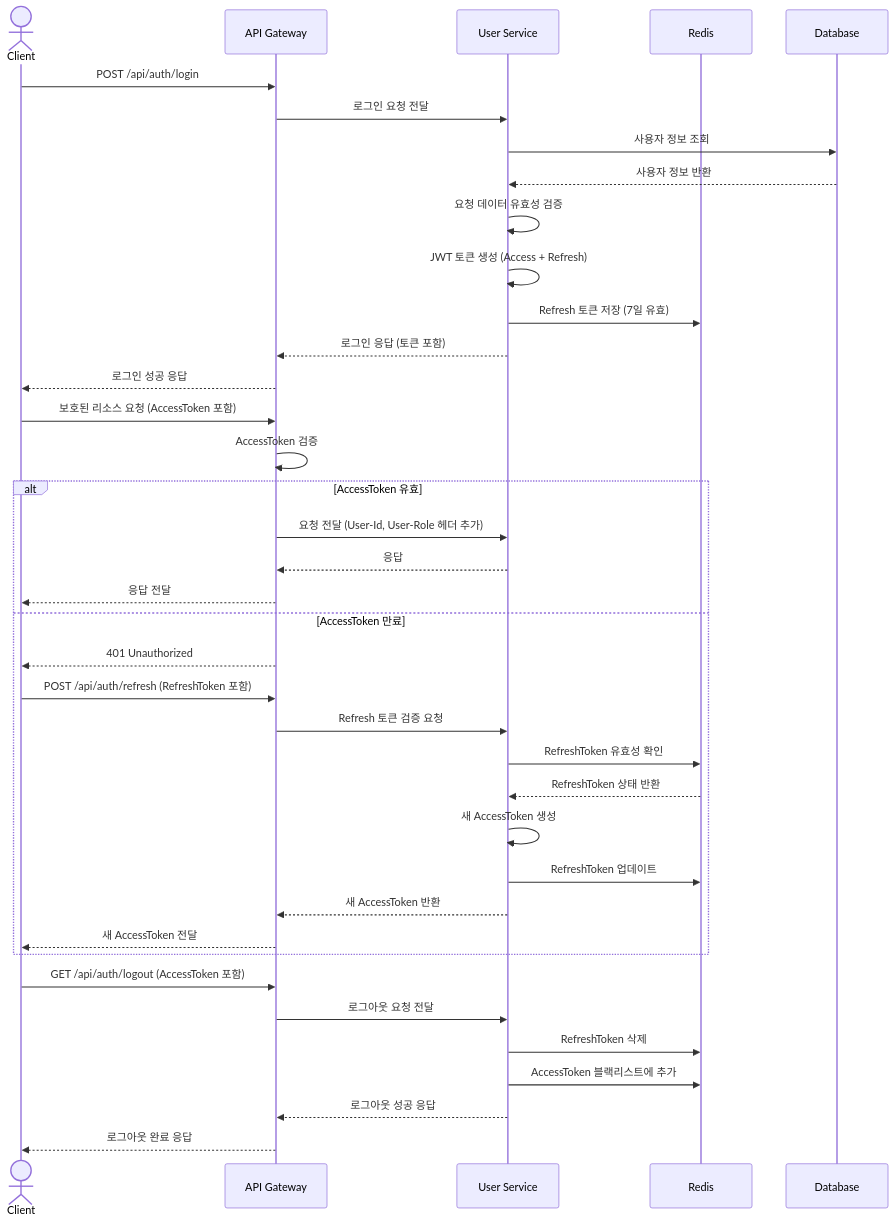
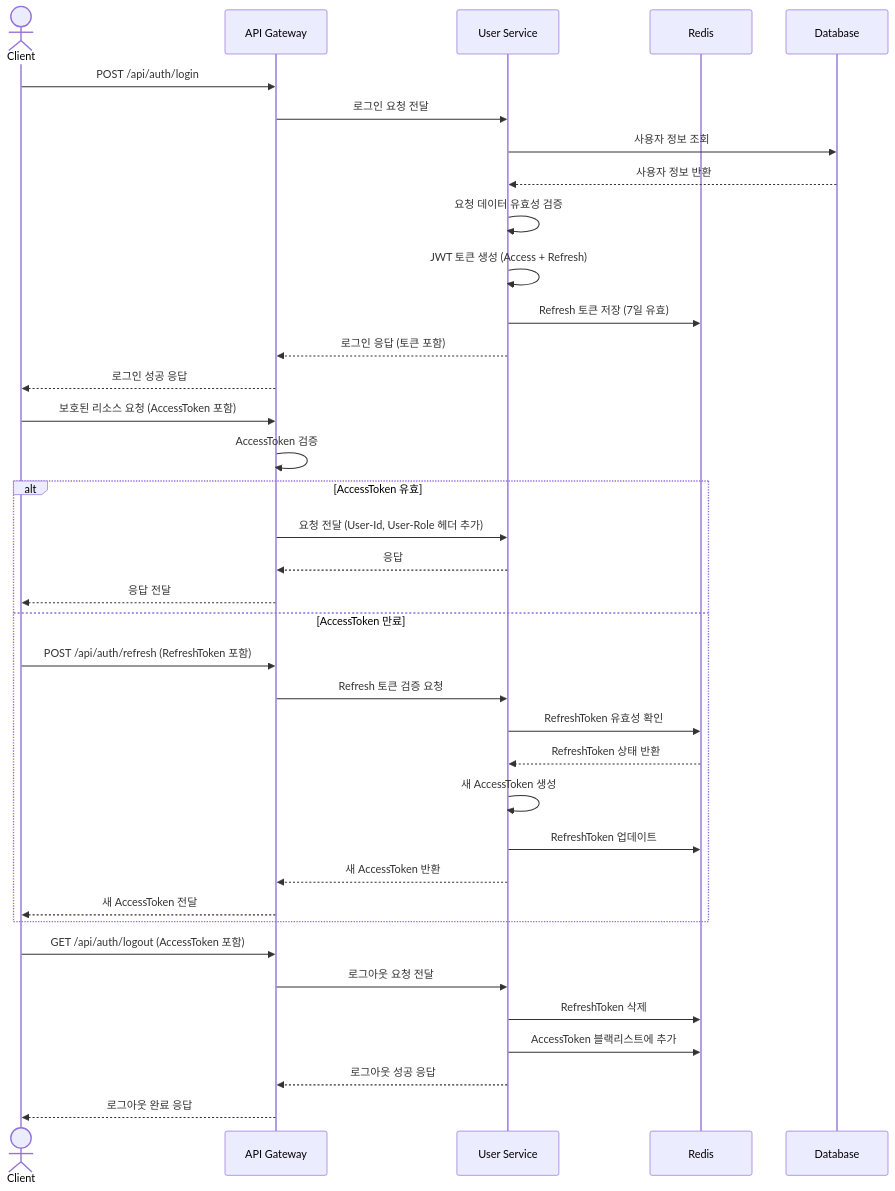
One commit to hyeseong-dev/ticketing-mngt changed the first of 5 diagrams in readme.md. Above: the diagram before and after it, drawn with Mermaid. The commit also changed other lines of this file, not shown here.

````diff
--- a/readme.md
+++ b/readme.md
@@ -35,47 +35,46 @@
 ```mermaid
 sequenceDiagram
     actor Client
     participant Gateway as API Gateway
     participant UserService as User Service
     participant Redis
     participant DB as Database
 
     %% 로그인 프로세스
     Client->>Gateway: POST /api/auth/login
     Gateway->>UserService: 로그인 요청 전달
     UserService->>DB: 사용자 정보 조회
     DB-->>UserService: 사용자 정보 반환
     UserService->>UserService: 요청 데이터 유효성 검증
     UserService->>UserService: JWT 토큰 생성 (Access + Refresh)
     UserService->>Redis: Refresh 토큰 저장 (7일 유효)
     UserService-->>Gateway: 로그인 응답 (토큰 포함)
     Gateway-->>Client: 로그인 성공 응답
 
     %% 보호된 리소스 접근
     Client->>Gateway: 보호된 리소스 요청 (AccessToken 포함)
     Gateway->>Gateway: AccessToken 검증
     alt AccessToken 유효
         Gateway->>UserService: 요청 전달 (User-Id, User-Role 헤더 추가)
         UserService-->>Gateway: 응답
         Gateway-->>Client: 응답 전달
     else AccessToken 만료
-        Gateway-->>Client: 401 Unauthorized
         Client->>Gateway: POST /api/auth/refresh (RefreshToken 포함)
         Gateway->>UserService: Refresh 토큰 검증 요청
         UserService->>Redis: RefreshToken 유효성 확인
         Redis-->>UserService: RefreshToken 상태 반환
         UserService->>UserService: 새 AccessToken 생성
         UserService->>Redis: RefreshToken 업데이트
         UserService-->>Gateway: 새 AccessToken 반환
         Gateway-->>Client: 새 AccessToken 전달
     end
 
     %% 로그아웃 프로세스
     Client->>Gateway: GET /api/auth/logout (AccessToken 포함)
     Gateway->>UserService: 로그아웃 요청 전달
     UserService->>Redis: RefreshToken 삭제
     UserService->>Redis: AccessToken 블랙리스트에 추가
     UserService-->>Gateway: 로그아웃 성공 응답
     Gateway-->>Client: 로그아웃 완료 응답
 
 ```
````
